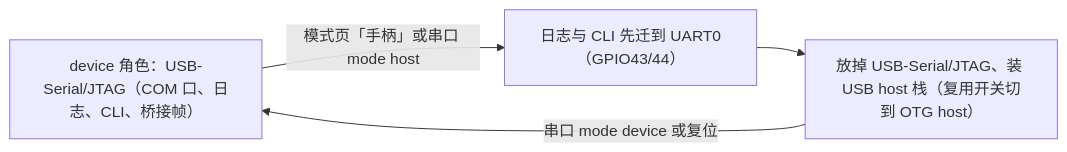
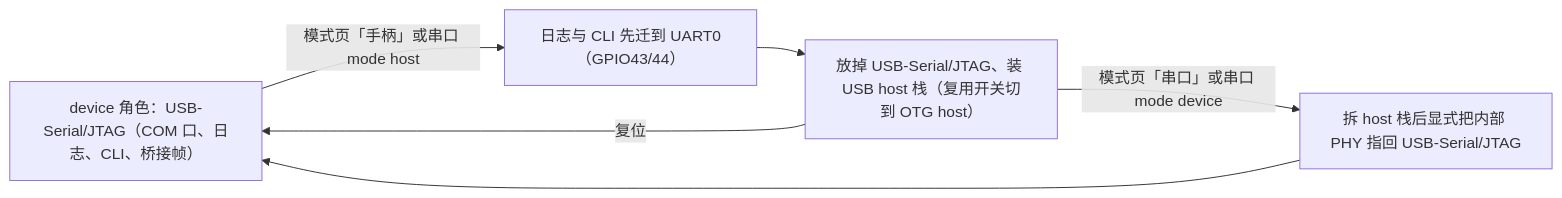
One commit to slime7/remapad changed the diagram in docs/hardware.md. Above: the diagram before and after it, drawn with Mermaid. The commit also changed other lines of this file and 42 other files, not shown here.

````diff
--- a/docs/hardware.md
+++ b/docs/hardware.md
@@ -124,6 +126,8 @@
 ```mermaid
 flowchart LR
     Device["device 角色：USB-Serial/JTAG（COM 口、日志、CLI、桥接帧）"] -->|"模式页「手柄」或串口 mode host"| Move["日志与 CLI 先迁到 UART0（GPIO43/44）"]
     Move --> Host["放掉 USB-Serial/JTAG、装 USB host 栈（复用开关切到 OTG host）"]
-    Host -->|"串口 mode device 或复位"| Device
+    Host -->|"模式页「串口」或串口 mode device"| Back["拆 host 栈后显式把内部 PHY 指回 USB-Serial/JTAG"]
+    Back --> Device
+    Host -->|"复位"| Device
 ```
````
